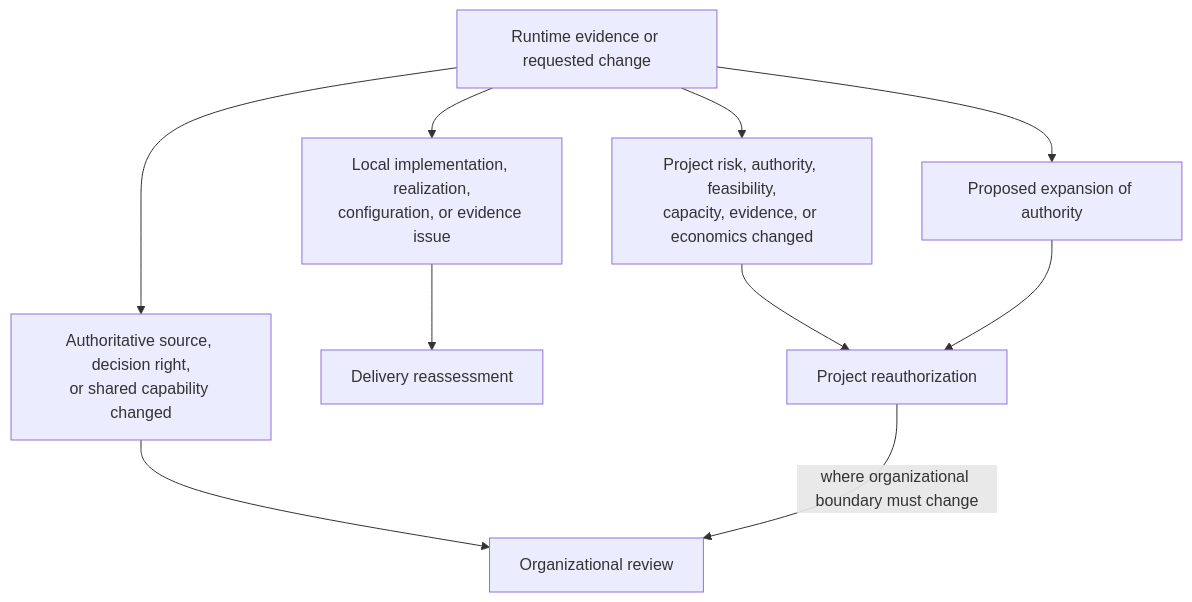
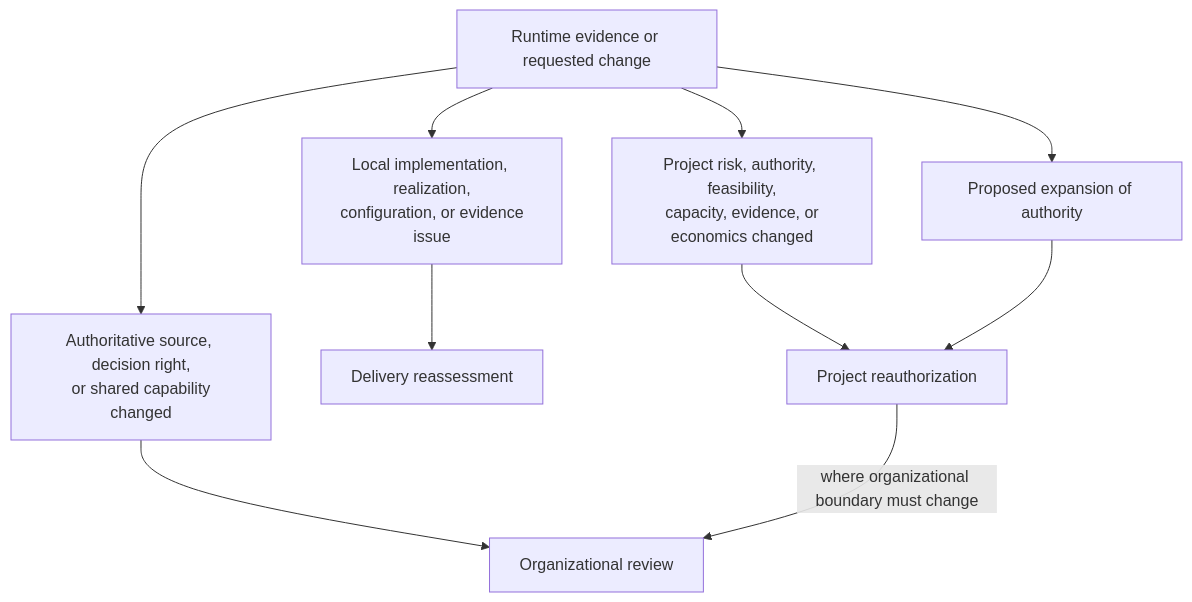
One commit to UncertaintyArchitectureGroup/uncertainty-architecture changed diagram 14 of 14 in content/research/notes/open-engineering-specification-article-draft.md. Above: the diagram before and after it, drawn with Mermaid. The commit also changed other lines of this file, not shown here.

Commit message:
fix(research): stabilize Mermaid rendering

````diff
--- a/content/research/notes/open-engineering-specification-article-draft.md
+++ b/content/research/notes/open-engineering-specification-article-draft.md
@@ -639,14 +644,14 @@
 ```mermaid
 flowchart TB
     E["Runtime evidence or requested change"]
-    L["Local implementation, realization,<br/>configuration, or evidence issue"]
-    P["Project risk, authority, feasibility,<br/>capacity, evidence, or economics changed"]
-    O["Authoritative source, decision right,<br/>or shared capability changed"]
+    L["Local implementation, realization,<br/> configuration, or evidence issue"]
+    P["Project risk, authority, feasibility,<br/> capacity, evidence, or economics changed"]
+    O["Authoritative source, decision right,<br/> or shared capability changed"]
     X["Proposed expansion of authority"]
 
     E --> L --> D[Delivery reassessment]
     E --> P --> PR[Project reauthorization]
     E --> O --> OR[Organizational review]
     E --> X --> PR
     PR -->|where organizational boundary must change| OR
 ```
````
